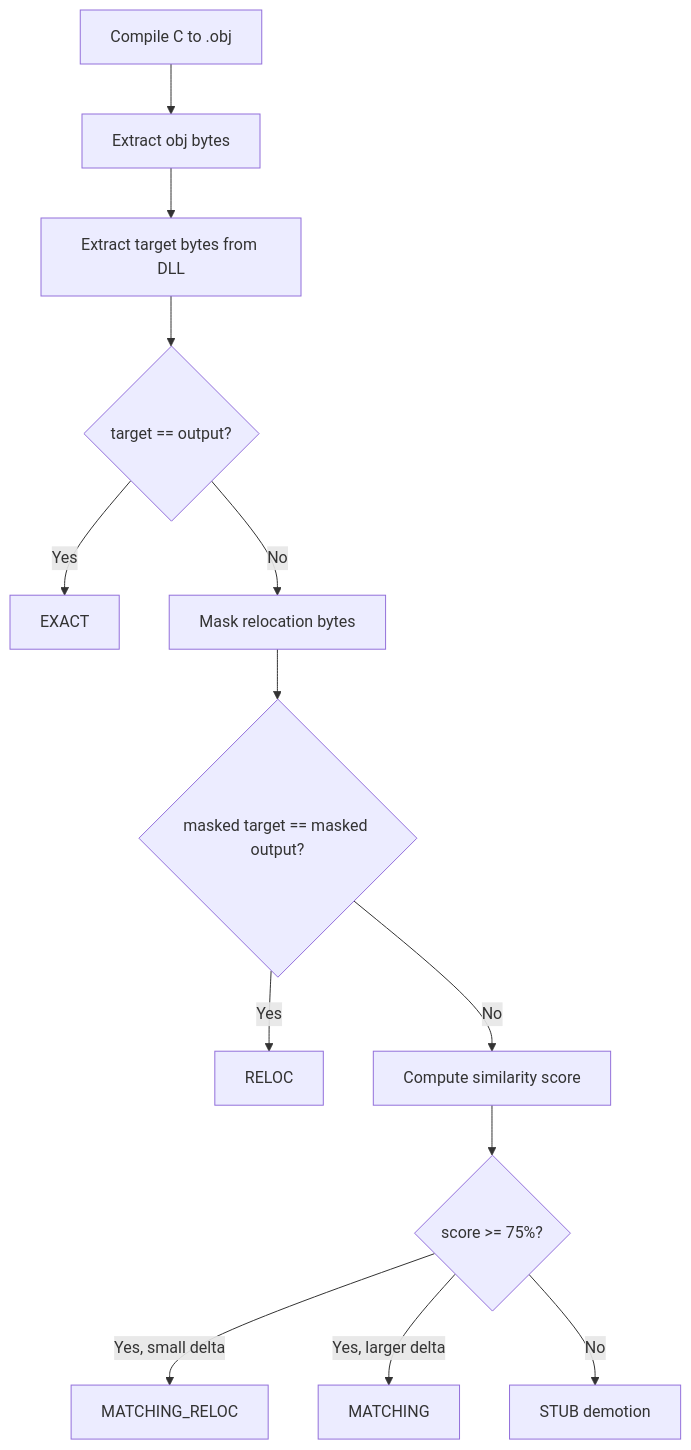
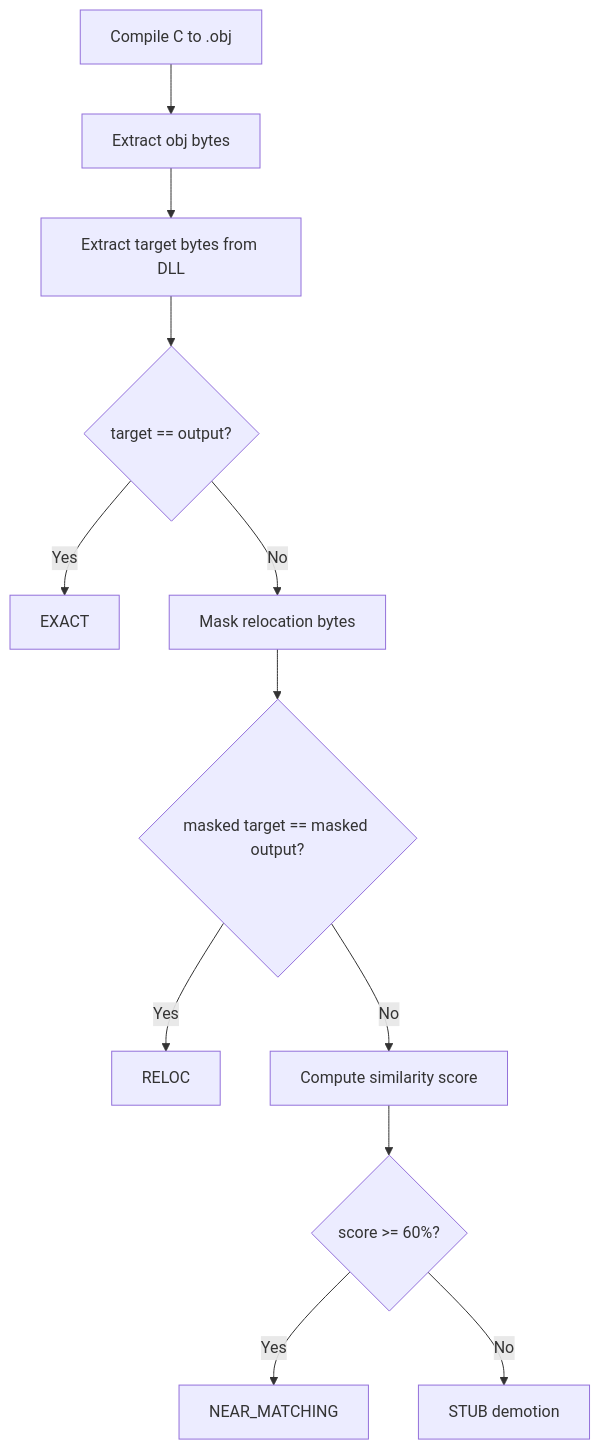
Before and after one commit to maci0/rebrew: the diagram in docs/MATCH_TYPES.md, drawn with Mermaid. The commit also changed other lines of this file and 81 other files, not shown here.

````diff
--- a/docs/MATCH_TYPES.md
+++ b/docs/MATCH_TYPES.md
@@ -209,15 +189,14 @@
 ```mermaid
 flowchart TD
     A[Compile C to .obj] --> B[Extract obj bytes]
     B --> C[Extract target bytes from DLL]
     C --> D{target == output?}
     D -- Yes --> E[EXACT]
     D -- No --> F[Mask relocation bytes]
     F --> G{masked target == masked output?}
     G -- Yes --> H[RELOC]
     G -- No --> I[Compute similarity score]
-    I --> J{score >= 75%?}
-    J -- "Yes, small delta" --> K[MATCHING_RELOC]
-    J -- "Yes, larger delta" --> L[MATCHING]
-    J -- No --> M[STUB demotion]
+    I --> J{score >= 60%?}
+    J -- Yes --> K[NEAR_MATCHING]
+    J -- No --> L[STUB demotion]
 ```
````
